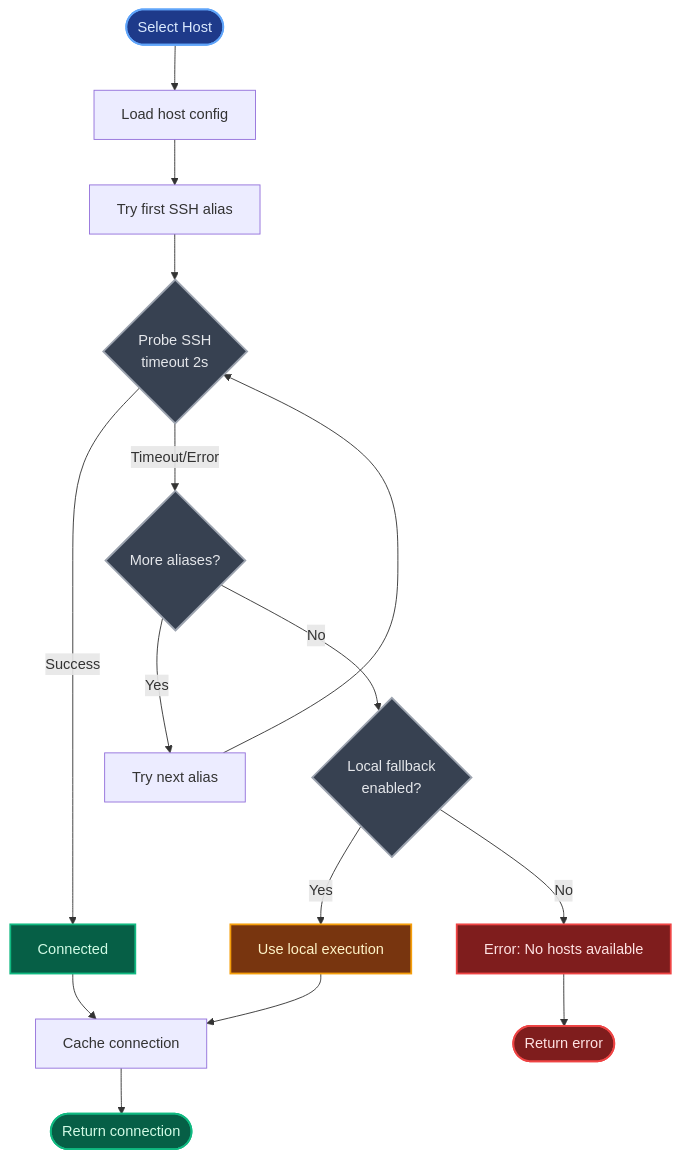
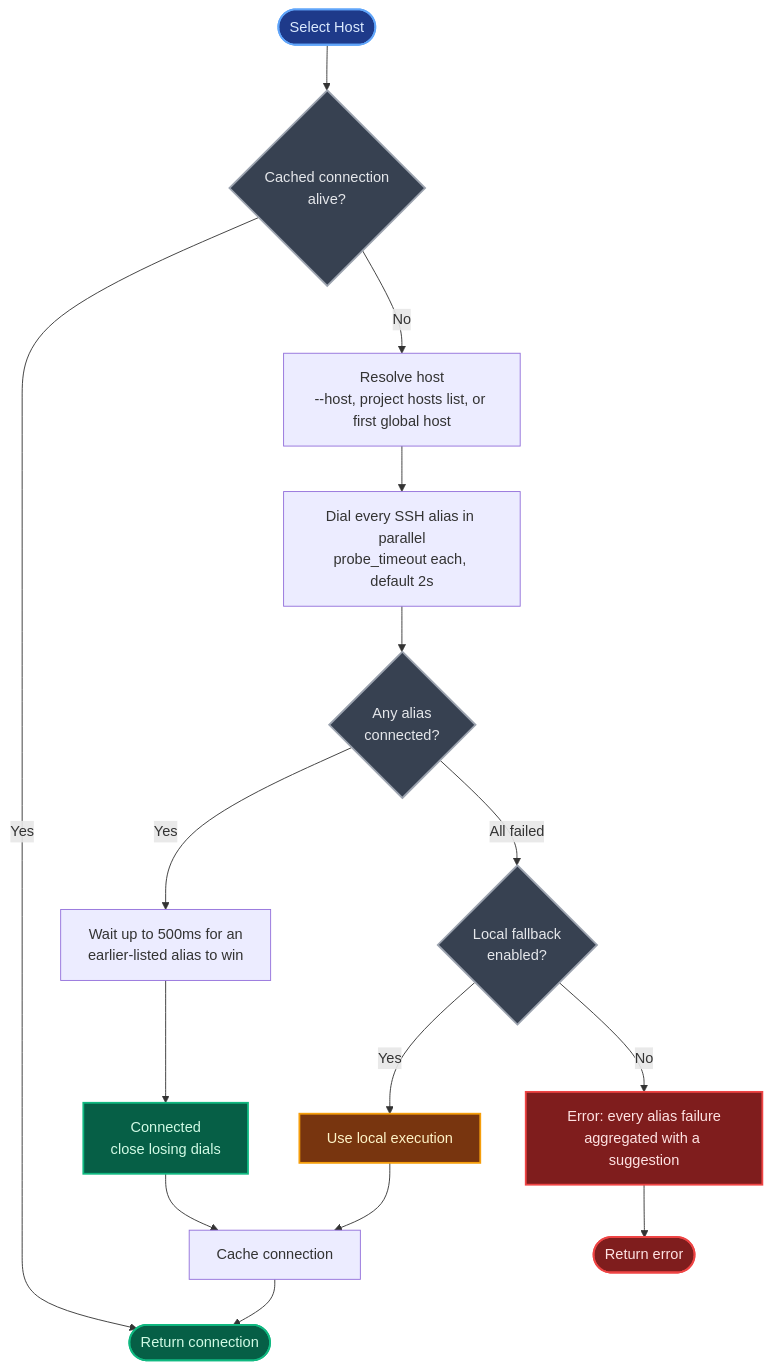
Before and after one commit to rileyhilliard/rr: the fourth of 8 diagrams in docs/ARCHITECTURE.md, drawn with Mermaid. The commit also changed other lines of this file and 23 other files, not shown here.

````diff
--- a/docs/ARCHITECTURE.md
+++ b/docs/ARCHITECTURE.md
@@ -962,34 +1105,33 @@
 ```mermaid
 flowchart TB
-    start([Select Host]) --> load[Load host config]
-    load --> first_alias[Try first SSH alias]
+    start([Select Host]) --> cached{Cached connection<br/>alive?}
+    cached -->|Yes| done([Return connection])
+    cached -->|No| load[Resolve host<br/>--host, project hosts list, or first global host]
 
-    first_alias --> probe{Probe SSH<br/>timeout 2s}
+    load --> dial[Dial every SSH alias in parallel<br/>probe_timeout each, default 2s]
 
-    probe -->|Success| connected[Connected]
-    probe -->|Timeout/Error| next{More aliases?}
+    dial --> result{Any alias<br/>connected?}
 
-    next -->|Yes| try_next[Try next alias]
-    try_next --> probe
-
-    next -->|No| fallback{Local fallback<br/>enabled?}
+    result -->|Yes| grace[Wait up to 500ms for an<br/>earlier-listed alias to win]
+    grace --> connected[Connected<br/>close losing dials]
+    result -->|All failed| fallback{Local fallback<br/>enabled?}
 
     fallback -->|Yes| local[Use local execution]
-    fallback -->|No| fail[Error: No hosts available]
+    fallback -->|No| fail[Error: every alias failure<br/>aggregated with a suggestion]
 
     connected --> cache[Cache connection]
     local --> cache
-    cache --> done([Return connection])
+    cache --> done
 
     fail --> error([Return error])
 
     style start fill:#1e3a8a,stroke:#60a5fa,stroke-width:2px,color:#dbeafe
     style done fill:#065f46,stroke:#10b981,stroke-width:2px,color:#d1fae5
     style error fill:#7f1d1d,stroke:#ef4444,stroke-width:2px,color:#fee2e2
     style connected fill:#065f46,stroke:#10b981,stroke-width:2px,color:#d1fae5
     style local fill:#78350f,stroke:#f59e0b,stroke-width:2px,color:#fef3c7
     style fail fill:#7f1d1d,stroke:#ef4444,stroke-width:2px,color:#fee2e2
-    style probe fill:#374151,stroke:#9ca3af,stroke-width:2px,color:#e5e7eb
-    style next fill:#374151,stroke:#9ca3af,stroke-width:2px,color:#e5e7eb
+    style cached fill:#374151,stroke:#9ca3af,stroke-width:2px,color:#e5e7eb
+    style result fill:#374151,stroke:#9ca3af,stroke-width:2px,color:#e5e7eb
     style fallback fill:#374151,stroke:#9ca3af,stroke-width:2px,color:#e5e7eb
 ```
````
